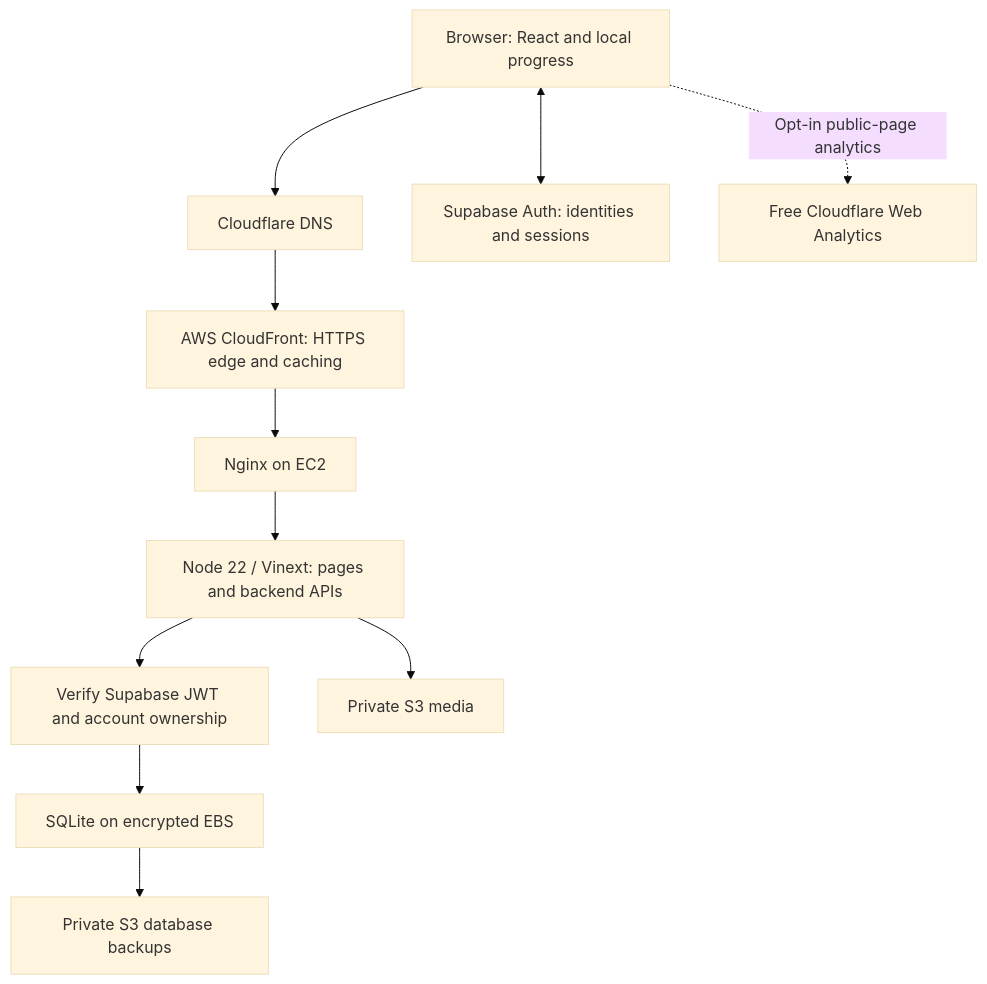
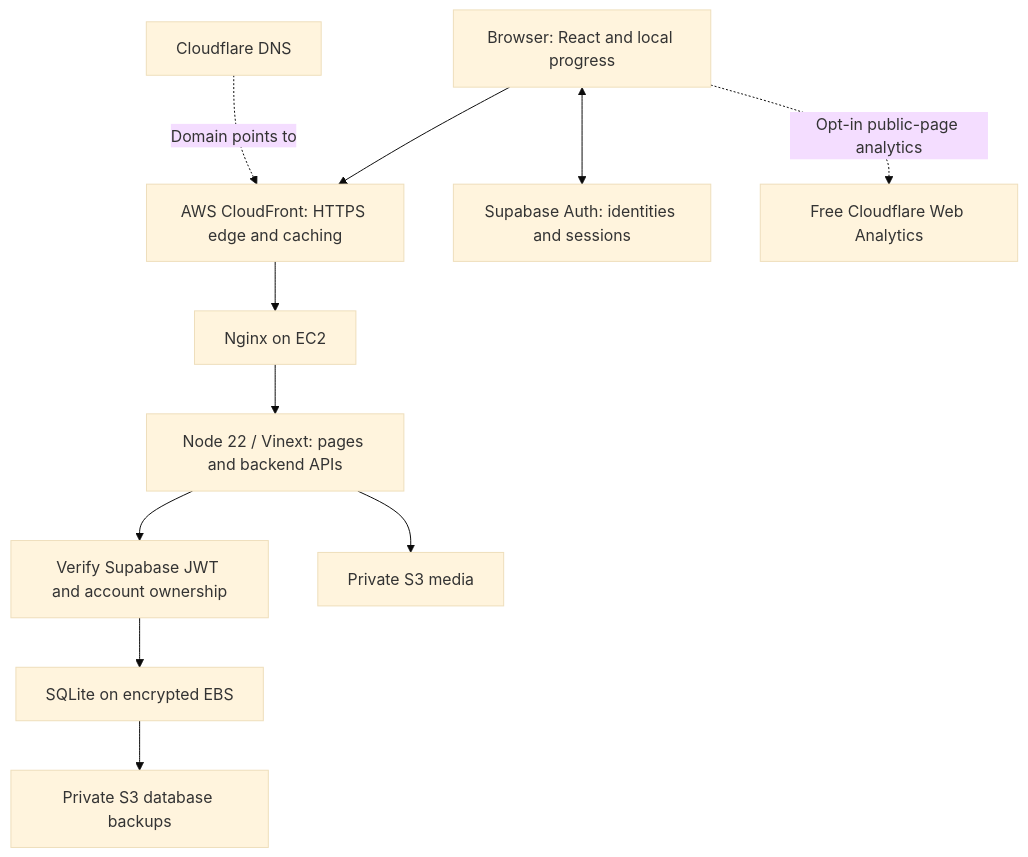
One commit to utkarshbaliyan/LearnGerman changed the diagram in docs/DEVELOPMENT_HANDOFF.md. Above: the diagram before and after it, drawn with Mermaid (base theme). The commit also changed other lines of this file, not shown here.

Commit message:
Clarify DNS flow and local authentication callbacks

````diff
--- a/docs/DEVELOPMENT_HANDOFF.md
+++ b/docs/DEVELOPMENT_HANDOFF.md
@@ -79,13 +79,13 @@
 ```mermaid
 flowchart TD
-  U[Browser: React and local progress] --> D[Cloudflare DNS]
-  D --> C[AWS CloudFront: HTTPS edge and caching]
+  D[Cloudflare DNS] -. Domain points to .-> C[AWS CloudFront: HTTPS edge and caching]
+  U[Browser: React and local progress] --> C
   C --> N[Nginx on EC2]
   N --> A[Node 22 / Vinext: pages and backend APIs]
   U <--> S[Supabase Auth: identities and sessions]
   A --> V[Verify Supabase JWT and account ownership]
   V --> Q[SQLite on encrypted EBS]
   A --> M[Private S3 media]
   Q --> B[Private S3 database backups]
   U -. Opt-in public-page analytics .-> W[Free Cloudflare Web Analytics]
 ```
````
